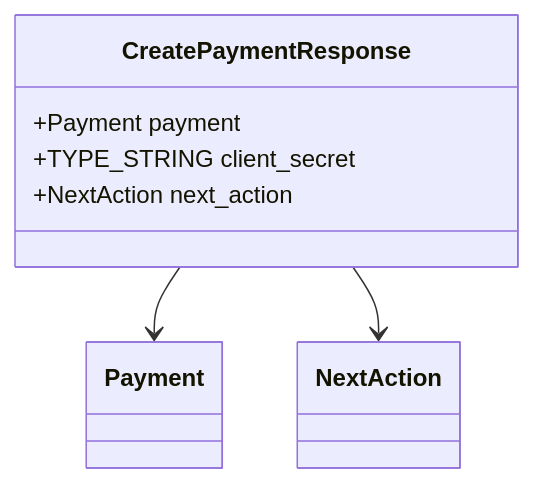
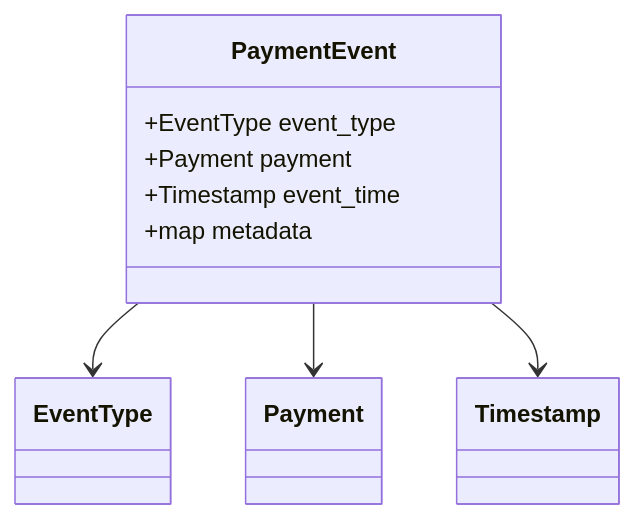
Diagram 33 of 44 in test-monorepo/docs/consolidated/PaymentService.md (kyivinua/root), drawn with Mermaid before and after one commit. The commit also changed other lines of this file and 5 other files, not shown here.

````diff
--- a/test-monorepo/docs/consolidated/PaymentService.md
+++ b/test-monorepo/docs/consolidated/PaymentService.md
@@ -551,10 +1746,12 @@
 ```mermaid
 classDiagram
-    class CreatePaymentResponse {
+    class PaymentEvent {
+        +EventType event_type
         +Payment payment
-        +TYPE_STRING client_secret
-        +NextAction next_action
+        +Timestamp event_time
+        +map<string, string> metadata
     }
-    CreatePaymentResponse --> Payment
-    CreatePaymentResponse --> NextAction
+    PaymentEvent --> EventType
+    PaymentEvent --> Payment
+    PaymentEvent --> Timestamp
 ```
````
